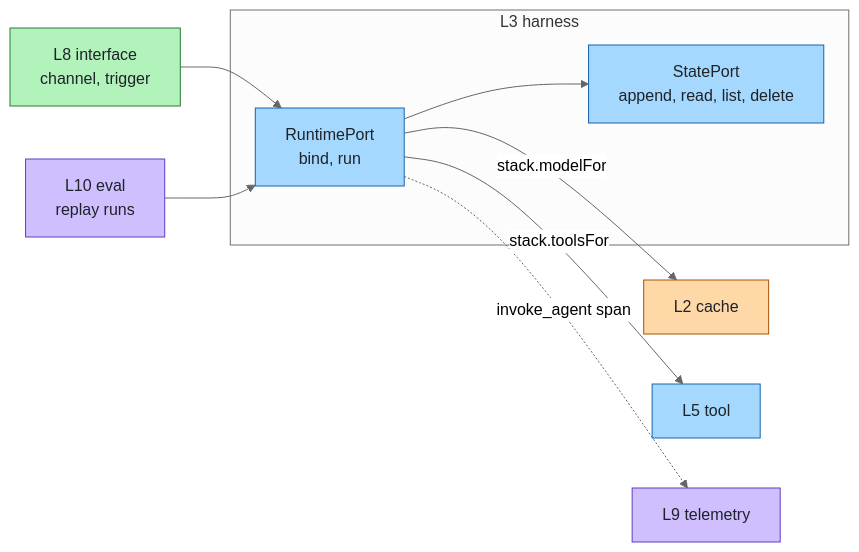
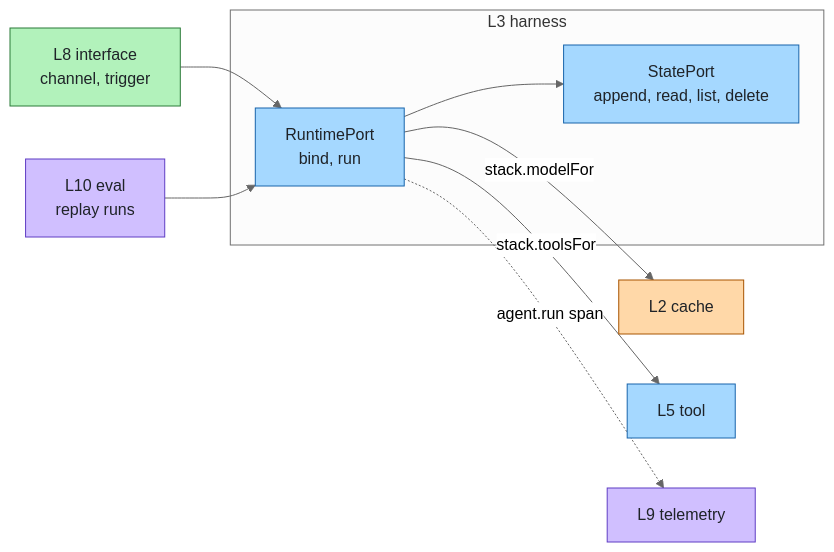
The first of 2 diagrams in docs/layers/harness.md (aantenore/agent-layers), drawn with Mermaid (neutral theme) before and after one commit. The commit also changed other lines of this file and 26 other files, not shown here.

````diff
--- a/docs/layers/harness.md
+++ b/docs/layers/harness.md
@@ -25,17 +43,17 @@
 ```mermaid
 flowchart LR
   interface["L8 interface<br/>channel, trigger"]:::experience --> runtime
   eval["L10 eval<br/>replay runs"]:::insight --> runtime
   subgraph sg["L3 harness"]
     runtime["RuntimePort<br/>bind, run"]:::agent
     state["StatePort<br/>append, read, list, delete"]:::agent
   end
   runtime --> state
   runtime -->|"stack.modelFor"| cache["L2 cache"]:::model
   runtime -->|"stack.toolsFor"| tool["L5 tool"]:::agent
-  runtime -.->|"invoke_agent span"| telemetry["L9 telemetry"]:::insight
+  runtime -.->|"agent.run span"| telemetry["L9 telemetry"]:::insight
   classDef model fill:#ffd8a8,stroke:#a85400,color:#1f2328
   classDef agent fill:#a5d8ff,stroke:#1864ab,color:#1f2328
   classDef experience fill:#b2f2bb,stroke:#2a7a38,color:#1f2328
   classDef insight fill:#d0bfff,stroke:#5f3dc4,color:#1f2328
 ```
````
